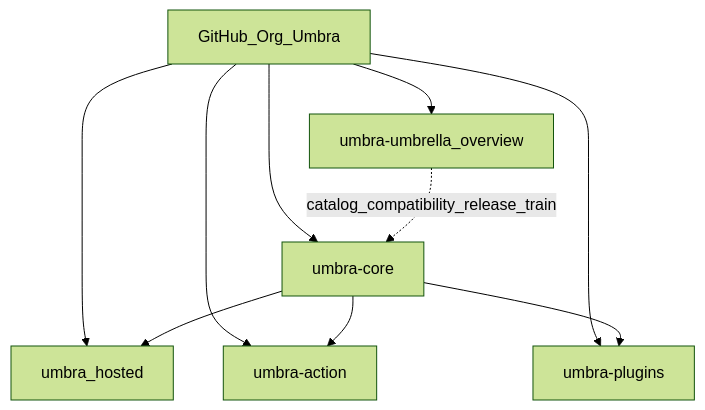
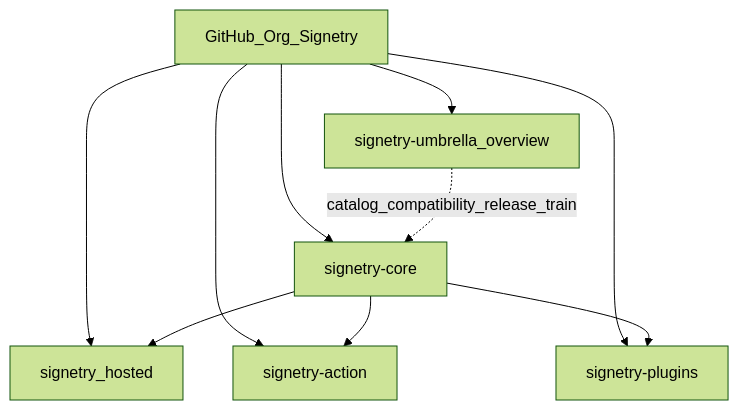
The diagram in README.md (Signetry/signetry), drawn with Mermaid (forest theme) before and after one commit. The commit also changed other lines of this file and 19 other files, not shown here.

````diff
--- a/README.md
+++ b/README.md
@@ -39,20 +41,20 @@
 ```mermaid
 flowchart TB
-  Org[GitHub_Org_Umbra]
-  Umbrella[umbra-umbrella_overview]
-  Core[umbra-core]
-  Hosted[umbra_hosted]
-  Action[umbra-action]
-  Plugins[umbra-plugins]
+  Org[GitHub_Org_Signetry]
+  Umbrella[signetry-umbrella_overview]
+  Core[signetry-core]
+  Hosted[signetry_hosted]
+  Action[signetry-action]
+  Plugins[signetry-plugins]
 
   Org --> Umbrella
   Org --> Core
   Org --> Hosted
   Org --> Action
   Org --> Plugins
 
   Umbrella -.->|catalog_compatibility_release_train| Core
   Core --> Hosted
   Core --> Action
   Core --> Plugins
 ```
````
